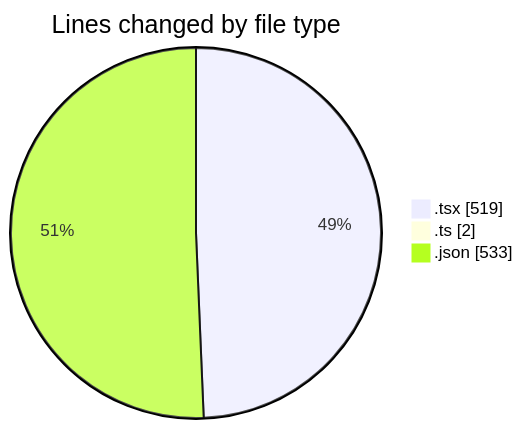
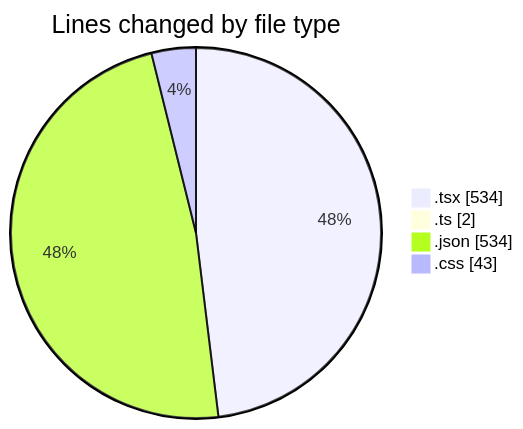
Before and after one commit to EIIisD/code-tracking: the first of 2 diagrams in 2025-08-02/tw-server/README.md, drawn with Mermaid. The commit also changed other lines of this file and 1 other file, not shown here.

````diff
--- a/2025-08-02/tw-server/README.md
+++ b/2025-08-02/tw-server/README.md
@@ -23,7 +24,8 @@
 ```mermaid
 pie showData
 title Lines changed by file type
-".tsx" : 519
+".tsx" : 534
 ".ts" : 2
-".json" : 533
+".json" : 534
+".css" : 43
 ```
````
